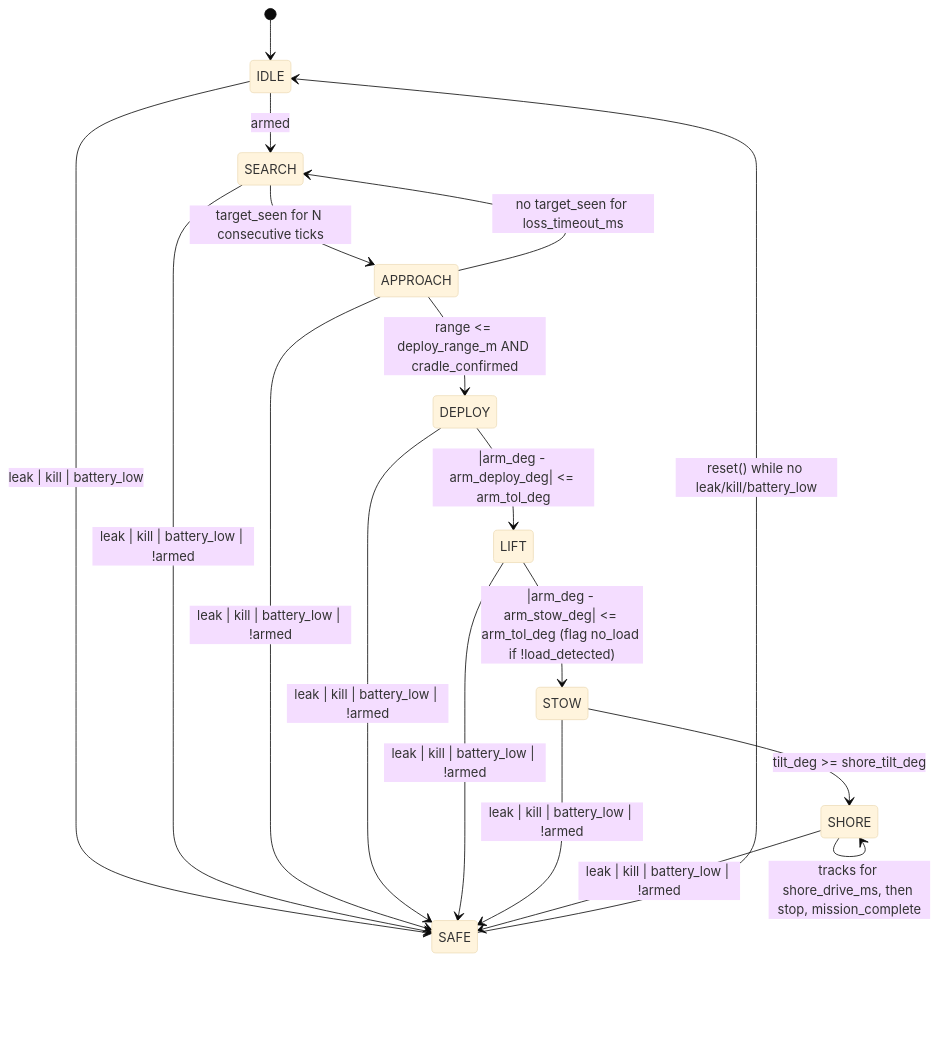
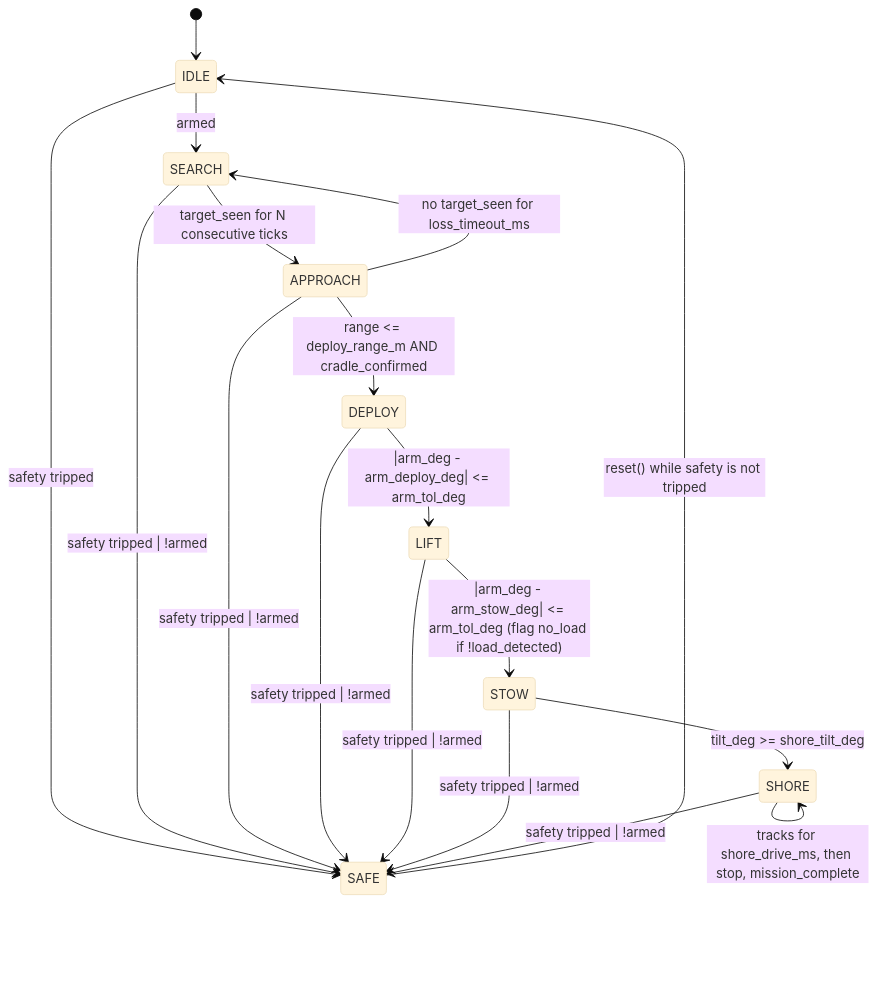
Before and after one commit to TKyoseva/ARmini: the diagram in firmware/armini/README.md, drawn with Mermaid (base theme). The commit also changed other lines of this file, not shown here.

First line of the commit message:
docs: armini README Safety section (state machine only → + safety causes, ladder math, latch/reset, hardware vs software)

````diff
--- a/firmware/armini/README.md
+++ b/firmware/armini/README.md
@@ -35,21 +38,21 @@
 ```mermaid
 stateDiagram-v2
     [*] --> IDLE
     IDLE --> SEARCH : armed
     SEARCH --> APPROACH : target_seen for N consecutive ticks
     APPROACH --> SEARCH : no target_seen for loss_timeout_ms
     APPROACH --> DEPLOY : range <= deploy_range_m AND cradle_confirmed
     DEPLOY --> LIFT : |arm_deg - arm_deploy_deg| <= arm_tol_deg
     LIFT --> STOW : |arm_deg - arm_stow_deg| <= arm_tol_deg (flag no_load if !load_detected)
     STOW --> SHORE : tilt_deg >= shore_tilt_deg
     SHORE --> SHORE : tracks for shore_drive_ms, then stop, mission_complete
 
-    IDLE --> SAFE : leak | kill | battery_low
-    SEARCH --> SAFE : leak | kill | battery_low | !armed
-    APPROACH --> SAFE : leak | kill | battery_low | !armed
-    DEPLOY --> SAFE : leak | kill | battery_low | !armed
-    LIFT --> SAFE : leak | kill | battery_low | !armed
-    STOW --> SAFE : leak | kill | battery_low | !armed
-    SHORE --> SAFE : leak | kill | battery_low | !armed
-    SAFE --> IDLE : reset() while no leak/kill/battery_low
+    IDLE --> SAFE : safety tripped
+    SEARCH --> SAFE : safety tripped | !armed
+    APPROACH --> SAFE : safety tripped | !armed
+    DEPLOY --> SAFE : safety tripped | !armed
+    LIFT --> SAFE : safety tripped | !armed
+    STOW --> SAFE : safety tripped | !armed
+    SHORE --> SAFE : safety tripped | !armed
+    SAFE --> IDLE : reset() while safety is not tripped
 ```
````
